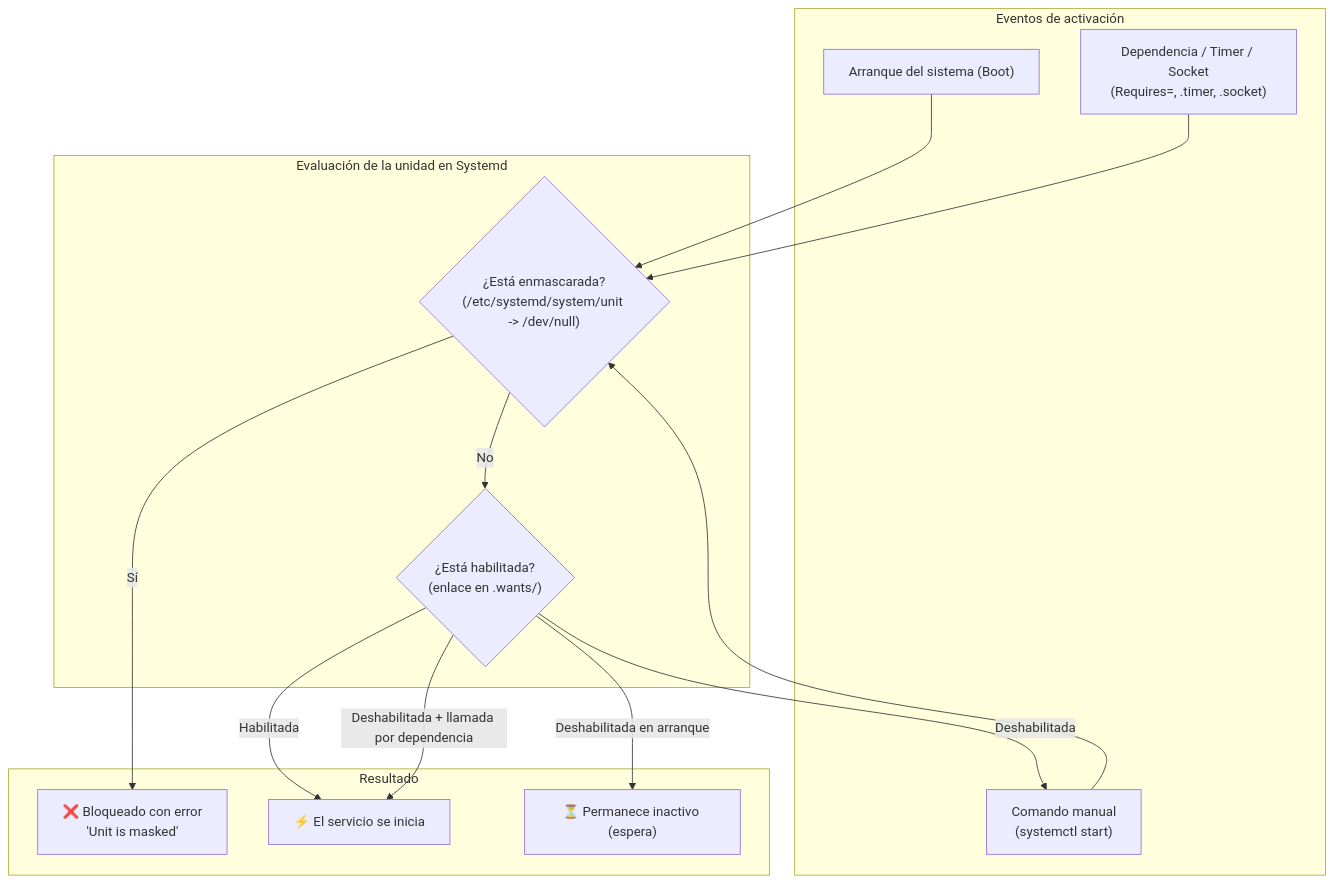
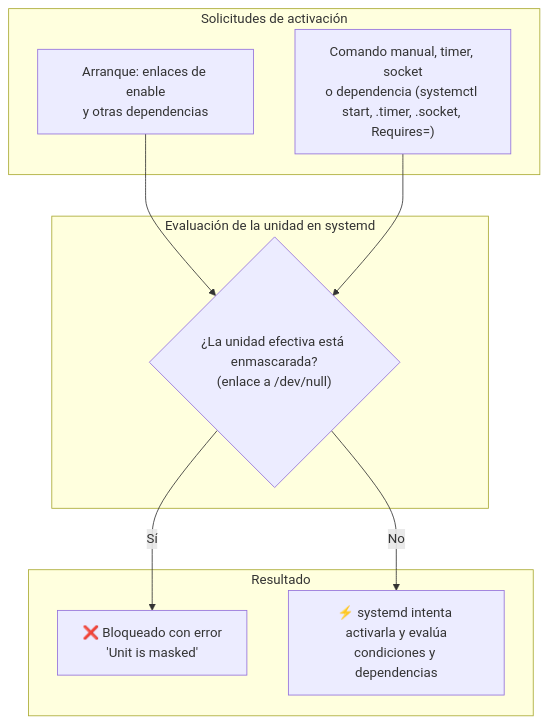
The diagram in src/content/es/how-to/masking-systemd-services.md (jose-oc/joseoc-dev), drawn with Mermaid before and after one commit. The commit also changed other lines of this file and 1 other file, not shown here.

First line of the commit message:
Corrige la guía de masking de systemd según la revisión técnica

````diff
--- a/src/content/es/how-to/masking-systemd-services.md
+++ b/src/content/es/how-to/masking-systemd-services.md
@@ -26,31 +26,22 @@
 ```mermaid
 flowchart TD
-    subgraph Eventos ["Eventos de activación"]
-        T1["Arranque del sistema (Boot)"]
-        T2["Comando manual<br/>(systemctl start)"]
-        T3["Dependencia / Timer / Socket<br/>(Requires=, .timer, .socket)"]
+    subgraph Eventos ["Solicitudes de activación"]
+        T1["Arranque: enlaces de enable<br/>y otras dependencias"]
+        T2["Comando manual, timer, socket<br/>o dependencia (systemctl start, .timer, .socket, Requires=)"]
     end
 
-    subgraph Resolucion ["Evaluación de la unidad en Systemd"]
-        C{"¿Está enmascarada?<br/>(/etc/systemd/system/unit -> /dev/null)"}
-        D{"¿Está habilitada?<br/>(enlace en .wants/)"}
+    subgraph Resolucion ["Evaluación de la unidad en systemd"]
+        C{"¿La unidad efectiva está enmascarada?<br/>(enlace a /dev/null)"}
     end
 
     subgraph Resultado ["Resultado"]
         R1["❌ Bloqueado con error<br/>'Unit is masked'"]
-        R2["⚡ El servicio se inicia"]
-        R3["⏳ Permanece inactivo (espera)"]
+        R2["⚡ systemd intenta activarla y evalúa<br/>condiciones y dependencias"]
     end
 
     T1 --> C
     T2 --> C
-    T3 --> C
 
     C -- "Sí" --> R1
-    C -- "No" --> D
-
-    D -- "Habilitada" --> R2
-    D -- "Deshabilitada" --> T2
-    D -- "Deshabilitada en arranque" --> R3
-    D -- "Deshabilitada + llamada por dependencia" --> R2
+    C -- "No" --> R2
 ```
````
